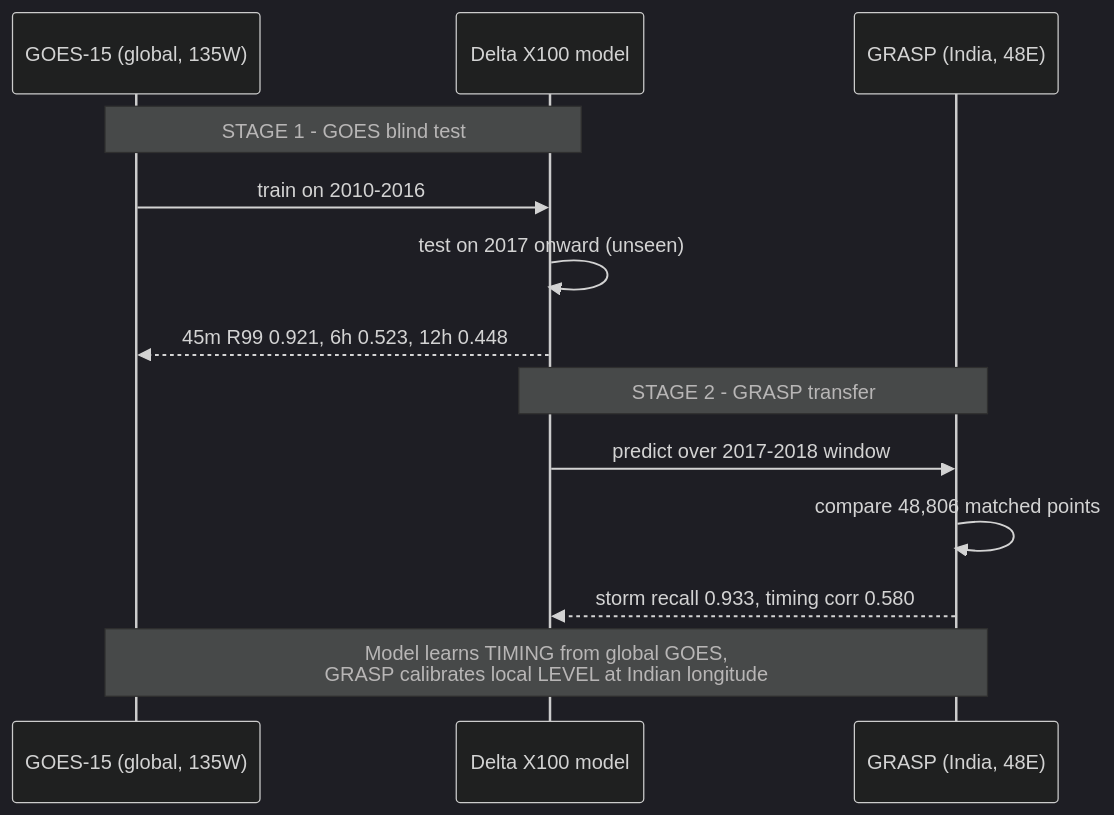
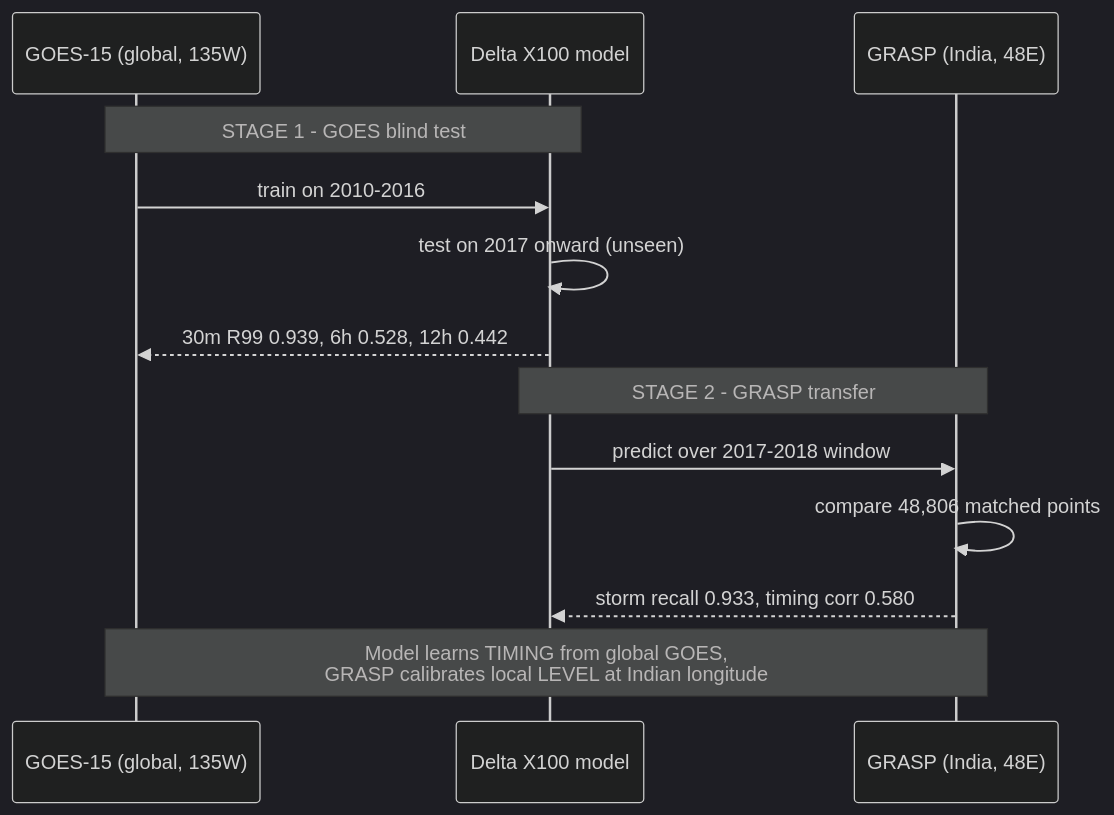
The fourth of 5 diagrams in README.md (SHAURYASANYAL3/GEOshield), drawn with Mermaid (dark theme) before and after one commit. The commit also changed other lines of this file, not shown here.

````diff
--- a/README.md
+++ b/README.md
@@ -269,15 +271,15 @@
 ```mermaid
 sequenceDiagram
     participant GOES as GOES-15 (global, 135W)
     participant Model as Delta X100 model
     participant GRASP as GRASP (India, 48E)
     Note over GOES,Model: STAGE 1 - GOES blind test
     GOES->>Model: train on 2010-2016
     Model->>Model: test on 2017 onward (unseen)
-    Model-->>GOES: 45m R99 0.921, 6h 0.523, 12h 0.448
+    Model-->>GOES: 30m R99 0.939, 6h 0.528, 12h 0.442
     Note over Model,GRASP: STAGE 2 - GRASP transfer
     Model->>GRASP: predict over 2017-2018 window
     GRASP->>GRASP: compare 48,806 matched points
     GRASP-->>Model: storm recall 0.933, timing corr 0.580
     Note over GOES,GRASP: Model learns TIMING from global GOES,<br/>GRASP calibrates local LEVEL at Indian longitude
 ```
````
